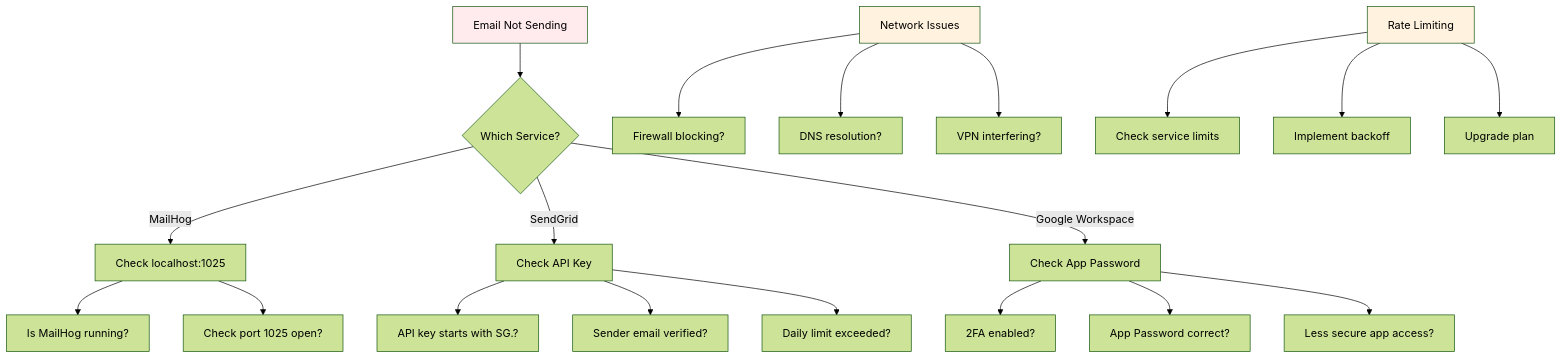
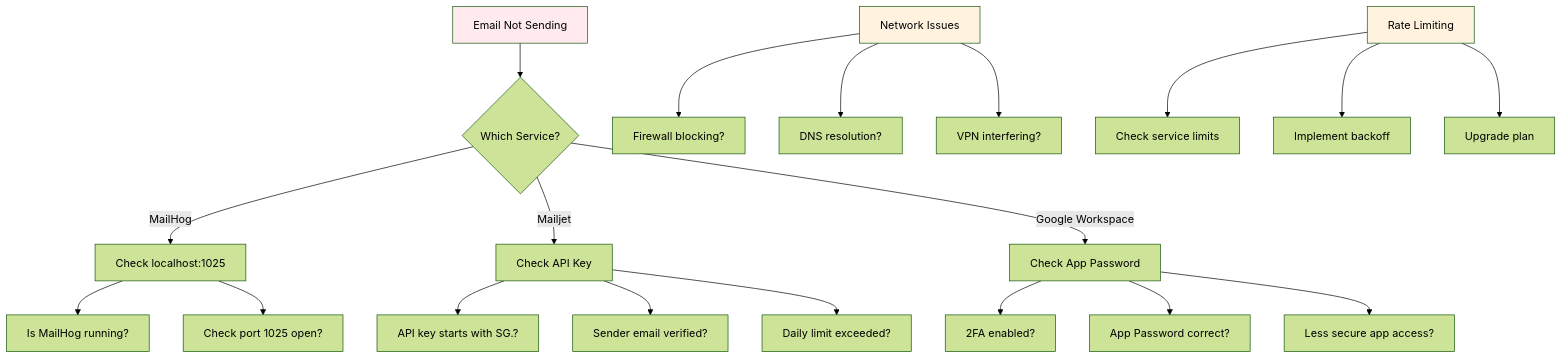
One commit to josephnguyen-macusaone/abc-dashboard changed diagram 12 of 15 in backend/docs/guides/email-service-overview.md. Above: the diagram before and after it, drawn with Mermaid (forest theme). The commit also changed other lines of this file and 141 other files, not shown here.

````diff
--- a/backend/docs/guides/email-service-overview.md
+++ b/backend/docs/guides/email-service-overview.md
@@ -498,31 +412,31 @@
 ```mermaid
 flowchart TD
     A[Email Not Sending] --> B{Which Service?}
 
     B -->|MailHog| C[Check localhost:1025]
-    B -->|SendGrid| D[Check API Key]
+    B -->|Mailjet| D[Check API Key]
     B -->|Google Workspace| E[Check App Password]
 
     C --> C1[Is MailHog running?]
     C --> C2[Check port 1025 open?]
 
     D --> D1[API key starts with SG.?]
     D --> D2[Sender email verified?]
     D --> D3[Daily limit exceeded?]
 
     E --> E1[2FA enabled?]
     E --> E2[App Password correct?]
     E --> E3[Less secure app access?]
 
     F[Network Issues] --> G[Firewall blocking?]
     F --> H[DNS resolution?]
     F --> I[VPN interfering?]
 
     J[Rate Limiting] --> K[Check service limits]
     J --> L[Implement backoff]
     J --> M[Upgrade plan]
 
     style A fill:#ffebee
     style F fill:#fff3e0
     style J fill:#fff3e0
 ```
````
